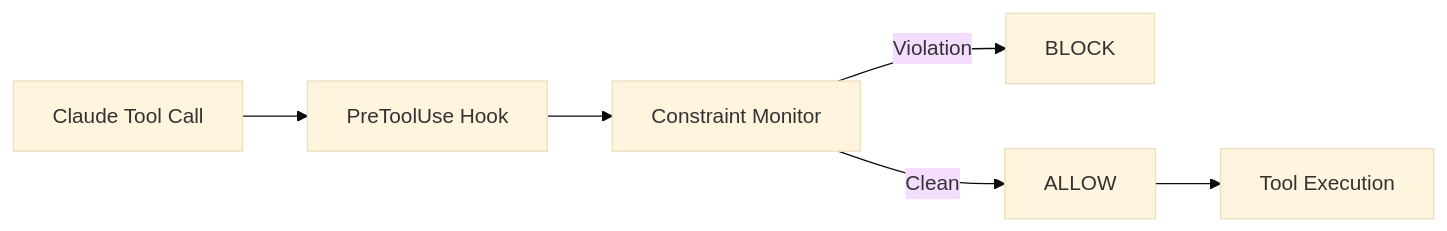
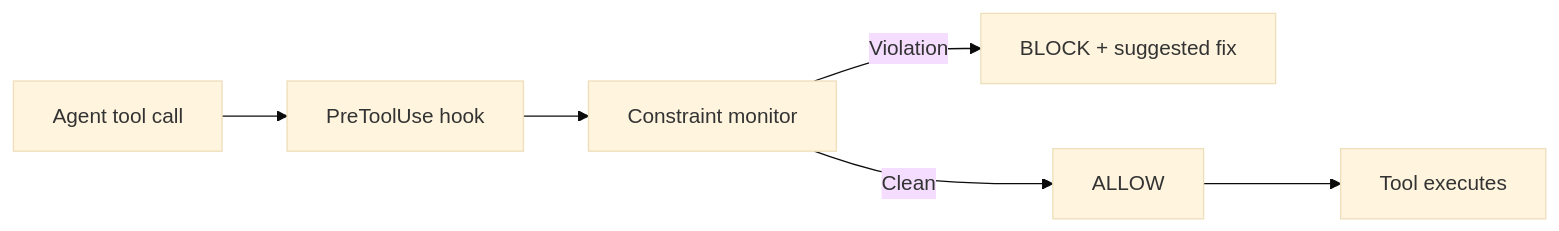
The diagram in docs-content/architecture/index.md (fwornle/coding), drawn with Mermaid (base theme) before and after one commit. The commit also changed other lines of this file and 16 other files, not shown here.

````diff
--- a/docs-content/architecture/index.md
+++ b/docs-content/architecture/index.md
@@ -49,8 +63,8 @@
-```mermaid
-flowchart LR
-    A[Claude Tool Call] --> B[PreToolUse Hook]
-    B --> C[Constraint Monitor]
-    C -->|Violation| D[BLOCK]
-    C -->|Clean| E[ALLOW]
-    E --> F[Tool Execution]
-```
+    ```mermaid
+    flowchart LR
+        A[Agent tool call] --> B[PreToolUse hook]
+        B --> C[Constraint monitor]
+        C -->|Violation| D[BLOCK + suggested fix]
+        C -->|Clean| E[ALLOW]
+        E --> F[Tool executes]
+    ```
````
